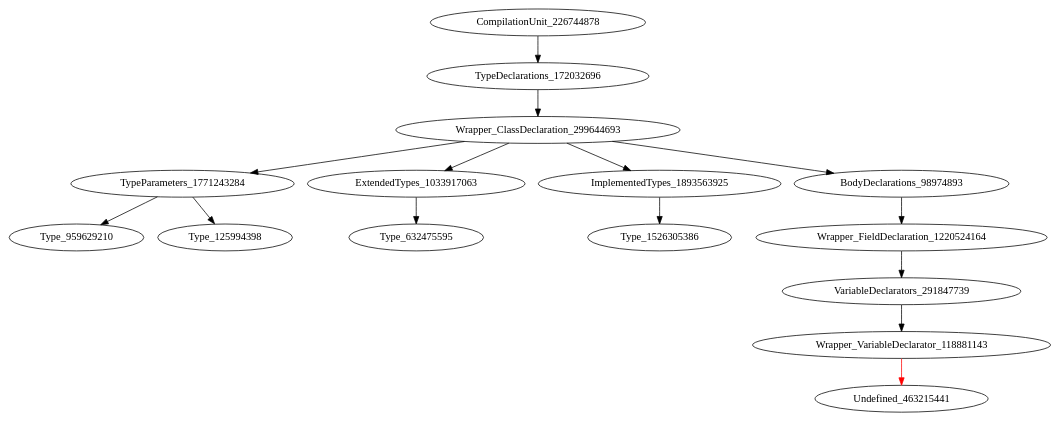
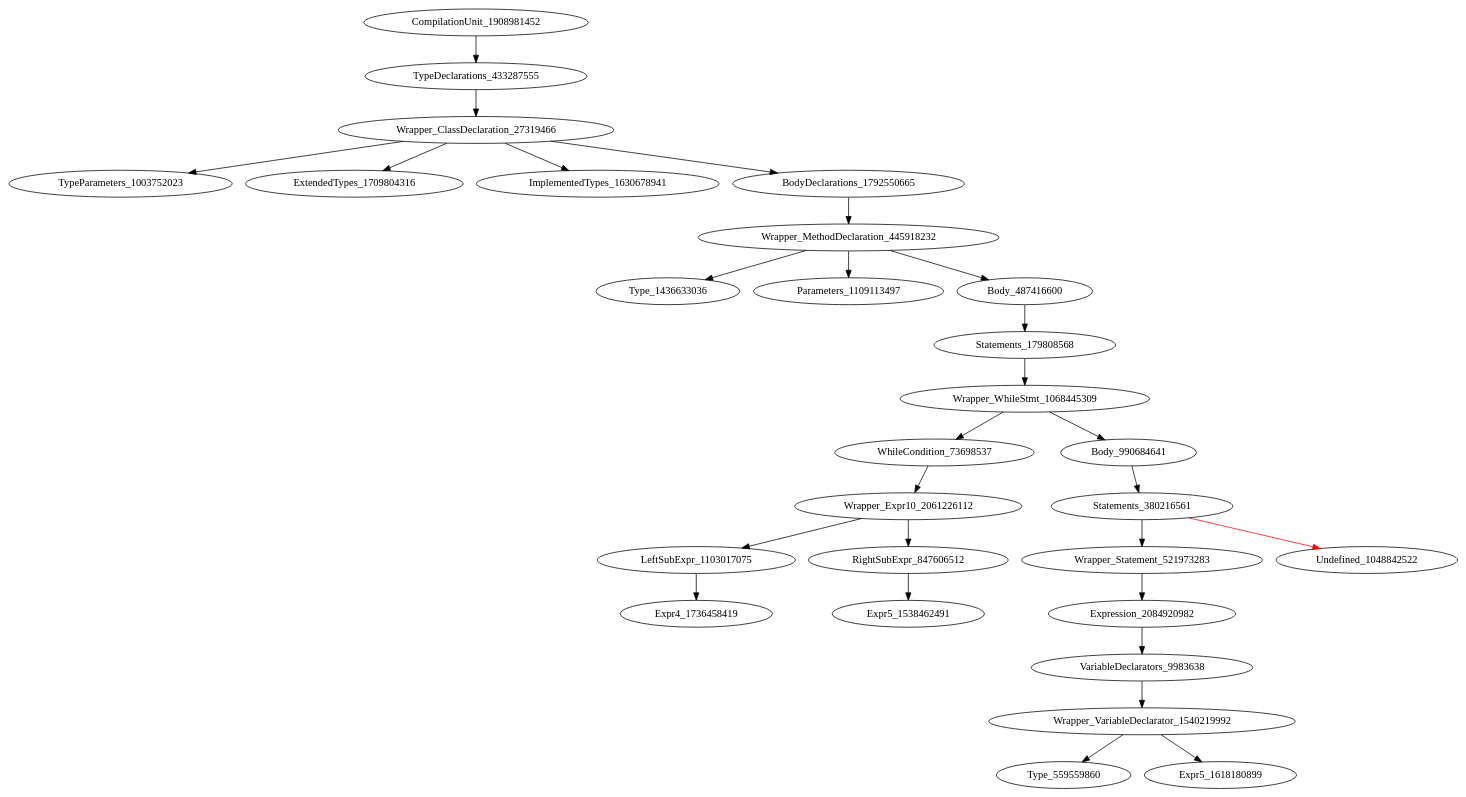
Before and after one commit to icse2023material/VoiceJava: the diagram in holeAST.dot, drawn with Graphviz. The commit also changed 5 other files, not shown here.

Commit message:
[fix] variable declaration inside while body

```diff
--- a/holeAST.dot
+++ b/holeAST.dot
@@ -1,16 +1,29 @@
 digraph {
-CompilationUnit_226744878 -> TypeDeclarations_172032696
-TypeDeclarations_172032696 -> Wrapper_ClassDeclaration_299644693
-Wrapper_ClassDeclaration_299644693 -> TypeParameters_1771243284
-Wrapper_ClassDeclaration_299644693 -> ExtendedTypes_1033917063
-Wrapper_ClassDeclaration_299644693 -> ImplementedTypes_1893563925
-Wrapper_ClassDeclaration_299644693 -> BodyDeclarations_98974893
-TypeParameters_1771243284 -> Type_959629210
-TypeParameters_1771243284 -> Type_125994398
-ExtendedTypes_1033917063 -> Type_632475595
-ImplementedTypes_1893563925 -> Type_1526305386
-BodyDeclarations_98974893 -> Wrapper_FieldDeclaration_1220524164
-Wrapper_FieldDeclaration_1220524164 -> VariableDeclarators_291847739
-VariableDeclarators_291847739 -> Wrapper_VariableDeclarator_118881143
-Wrapper_VariableDeclarator_118881143 -> Undefined_463215441 [color = red] 
+CompilationUnit_1908981452 -> TypeDeclarations_433287555
+TypeDeclarations_433287555 -> Wrapper_ClassDeclaration_27319466
+Wrapper_ClassDeclaration_27319466 -> TypeParameters_1003752023
+Wrapper_ClassDeclaration_27319466 -> ExtendedTypes_1709804316
+Wrapper_ClassDeclaration_27319466 -> ImplementedTypes_1630678941
+Wrapper_ClassDeclaration_27319466 -> BodyDeclarations_1792550665
+BodyDeclarations_1792550665 -> Wrapper_MethodDeclaration_445918232
+Wrapper_MethodDeclaration_445918232 -> Type_1436633036
+Wrapper_MethodDeclaration_445918232 -> Parameters_1109113497
+Wrapper_MethodDeclaration_445918232 -> Body_487416600
+Body_487416600 -> Statements_179808568
+Statements_179808568 -> Wrapper_WhileStmt_1068445309
+Wrapper_WhileStmt_1068445309 -> WhileCondition_73698537
+Wrapper_WhileStmt_1068445309 -> Body_990684641
+WhileCondition_73698537 -> Wrapper_Expr10_2061226112
+Body_990684641 -> Statements_380216561
+Wrapper_Expr10_2061226112 -> LeftSubExpr_1103017075
+Wrapper_Expr10_2061226112 -> RightSubExpr_847606512
+Statements_380216561 -> Wrapper_Statement_521973283
+Statements_380216561 -> Undefined_1048842522 [color = red] 
+LeftSubExpr_1103017075 -> Expr4_1736458419
+RightSubExpr_847606512 -> Expr5_1538462491
+Wrapper_Statement_521973283 -> Expression_2084920982
+Expression_2084920982 -> VariableDeclarators_9983638
+VariableDeclarators_9983638 -> Wrapper_VariableDeclarator_1540219992
+Wrapper_VariableDeclarator_1540219992 -> Type_559559860
+Wrapper_VariableDeclarator_1540219992 -> Expr5_1618180899
 }
```
